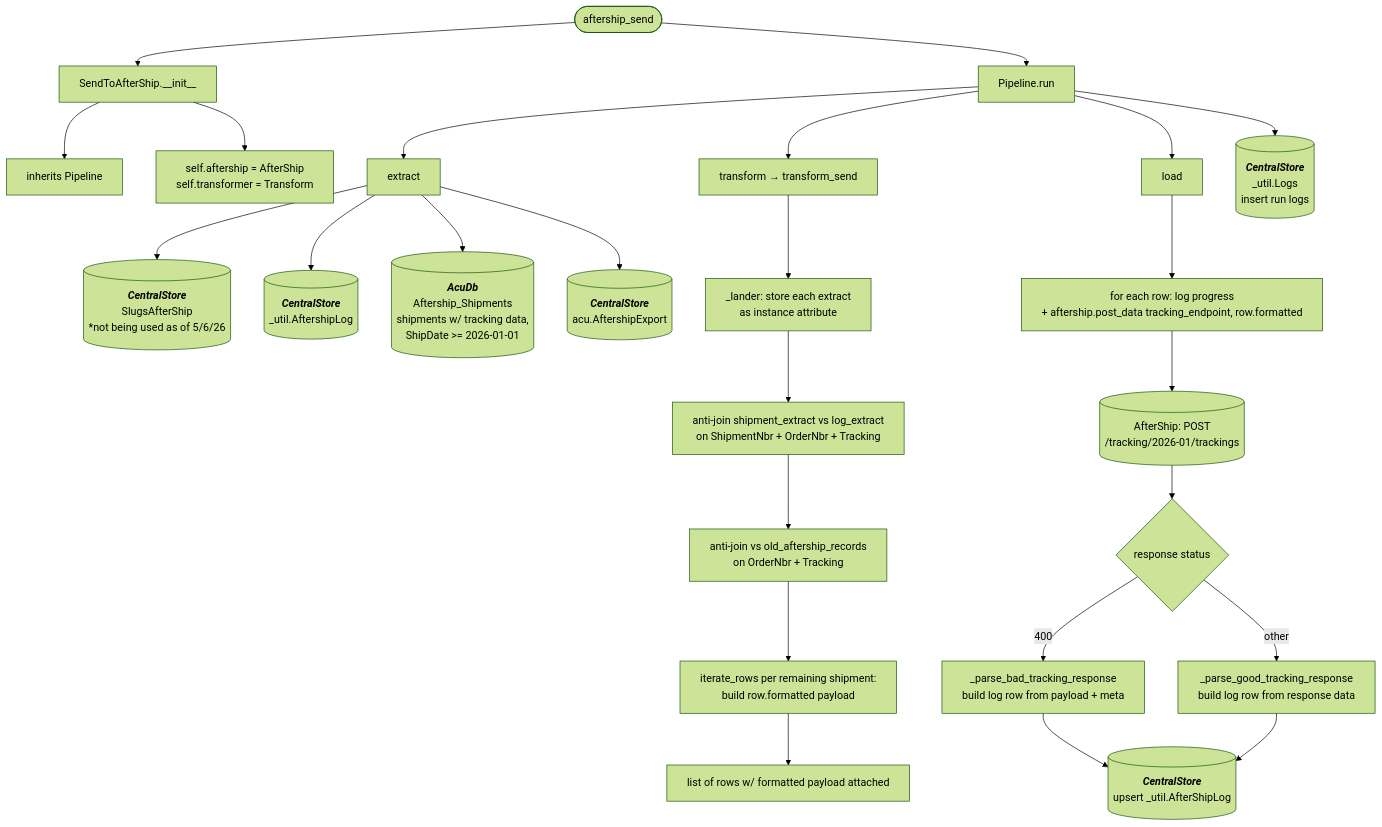
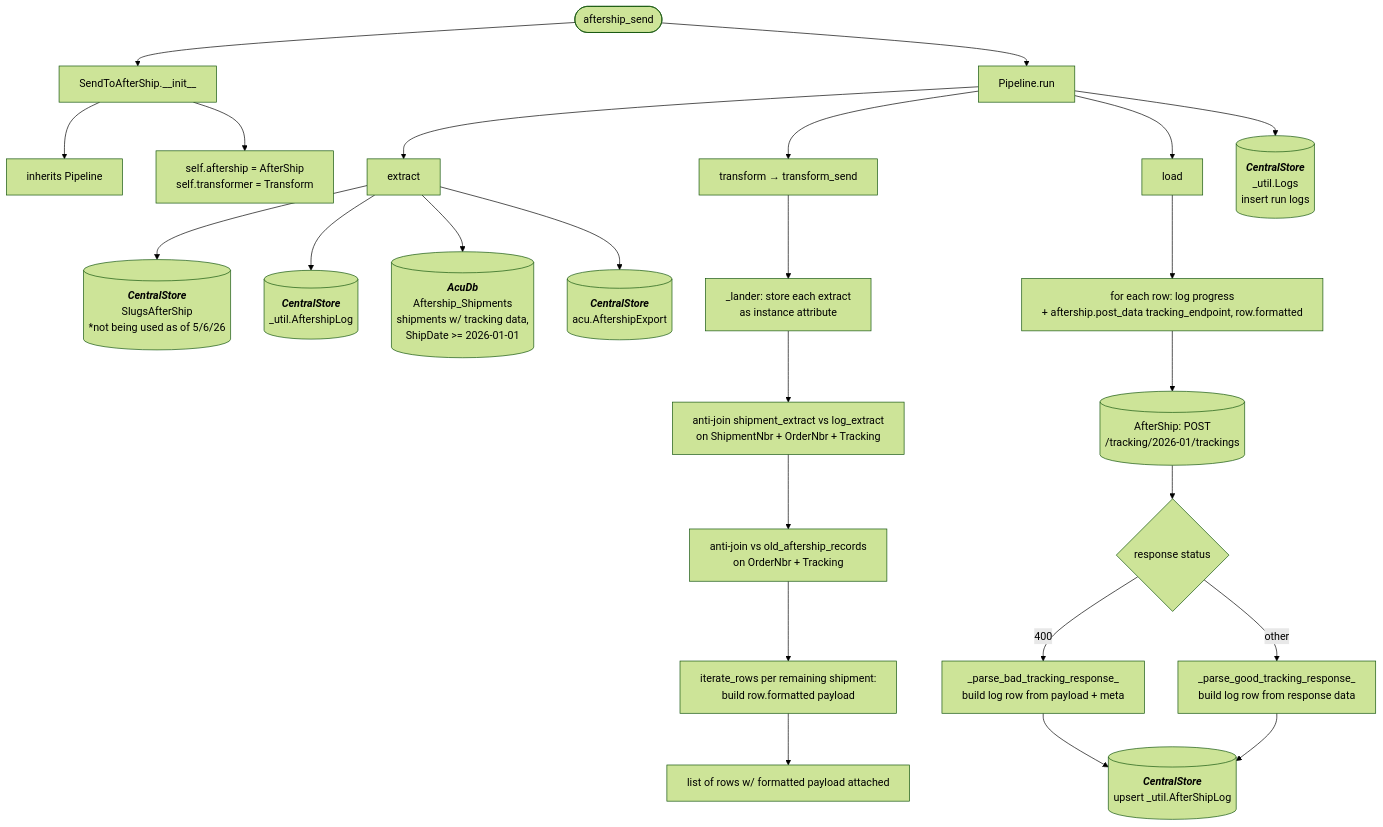
Before and after one commit to journeyhl/integration-platform: the diagram in docs/functions/aftership_send.md, drawn with Mermaid (forest theme). The commit also changed 17 other files, not shown here.

````diff
--- a/docs/functions/aftership_send.md
+++ b/docs/functions/aftership_send.md
@@ -14,53 +14,53 @@
 ```mermaid
 %%{init: {"flowchart": {"wrappingWidth": 400}}}%%
 flowchart TD
     A([aftership_send]) --> B[SendToAfterShip.__init__]
     B --> B1[inherits Pipeline]
     B --> B2[
         self.aftership = AfterShip
         self.transformer = Transform
     ]
     A --> RUN[Pipeline.run]
 
     RUN --> EX[extract]
     EX --> D1[(
         <b><i>CentralStore</i></b>
         SlugsAfterShip
         *not being used as of 5/6/26
     )]
     EX --> D2[(
         <b><i>CentralStore</i></b>
         _util.AftershipLog
     )]
     EX --> D3[(
         <b><i>AcuDb</i></b>
         Aftership_Shipments<br/>shipments w/ tracking data,<br/>ShipDate >= 2026-01-01)]
     EX --> D4[(
         <b><i>CentralStore</i></b>
         acu.AftershipExport
     )]
 
     RUN --> TR[transform → transform_send]
     TR --> T1[_lander: store each extract<br/>as instance attribute]
     T1 --> T2[anti-join shipment_extract vs log_extract<br/>on ShipmentNbr + OrderNbr + Tracking]
     T2 --> T3[anti-join vs old_aftership_records<br/>on OrderNbr + Tracking]
     T3 --> T4[iterate_rows per remaining shipment:<br/>build row.formatted payload]
     T4 --> TR_OUT[list of rows w/ formatted payload attached]
 
     RUN --> LD[load]
     LD --> LP[for each row: log progress<br/>+ aftership.post_data tracking_endpoint, row.formatted]
     LP --> AS[(AfterShip: POST<br/>/tracking/2026-01/trackings)]
     AS --> RESP{response status}
-    RESP -->|400| BAD[_parse_bad_tracking_response<br/>build log row from payload + meta]
-    RESP -->|other| GOOD[_parse_good_tracking_response<br/>build log row from response data]
+    RESP -->|400| BAD[_parse_bad_tracking_response_<br/>build log row from payload + meta]
+    RESP -->|other| GOOD[_parse_good_tracking_response_<br/>build log row from response data]
     BAD --> CSL[(
         <b><i>CentralStore</i></b>
         upsert _util.AfterShipLog
     )]
     GOOD --> CSL
 
     RUN --> LOGS[(
         <b><i>CentralStore</i></b>
         _util.Logs<br/>insert run logs
     )]
 ```
````
